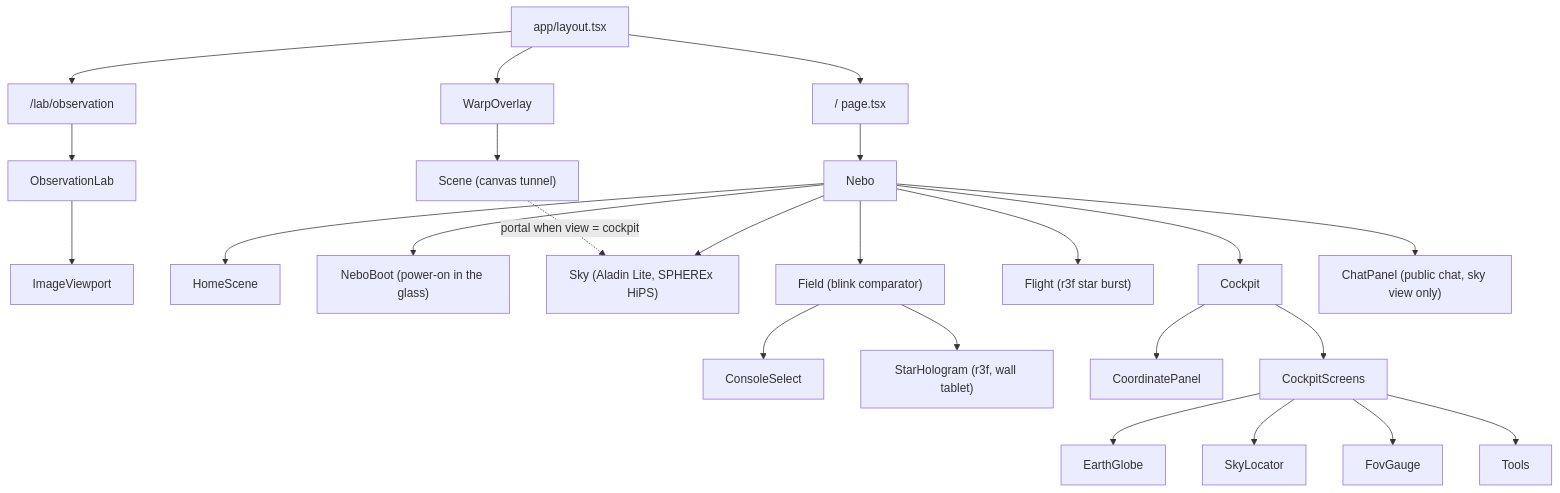
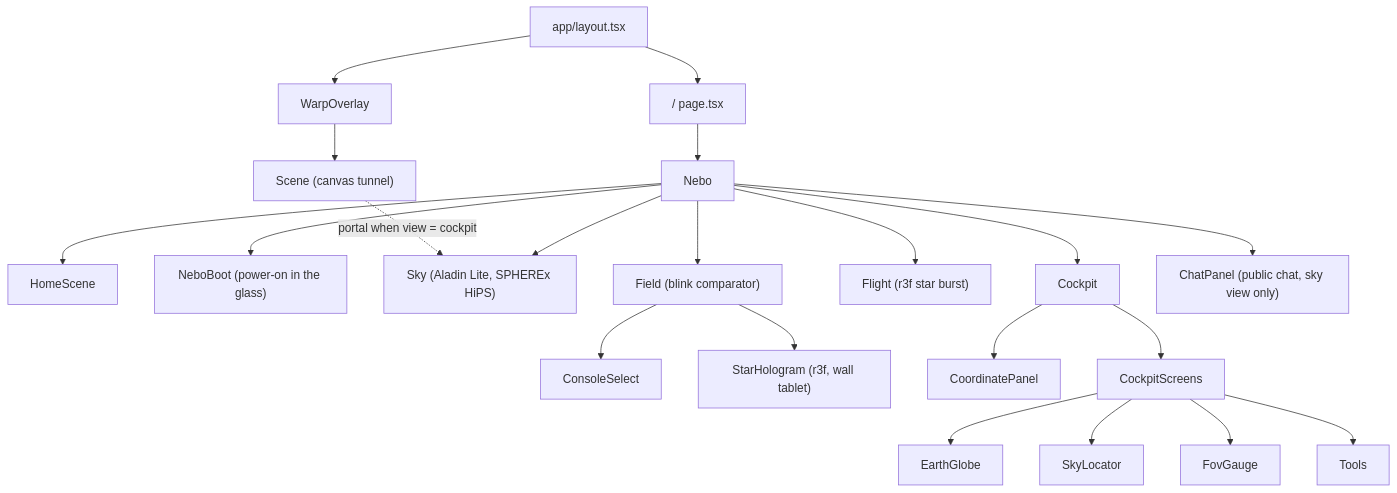
One commit to toroc07/nebo-app changed the eighth of 10 diagrams in docs/architecture.md. Above: the diagram before and after it, drawn with Mermaid. The commit also changed other lines of this file and 30 other files, not shown here.

````diff
--- a/docs/architecture.md
+++ b/docs/architecture.md
@@ -429,19 +431,18 @@
 ```mermaid
 graph TD
   Layout["app/layout.tsx"] --> Page["/ page.tsx"] --> Nebo
   Layout --> WarpOverlay --> Scene["Scene (canvas tunnel)"]
-  Layout --> LabPage["/lab/observation"] --> ObservationLab --> ImageViewport
   Nebo --> HomeScene
   Nebo --> NeboBoot["NeboBoot (power-on in the glass)"]
   Nebo --> Sky["Sky (Aladin Lite, SPHEREx HiPS)"]
   Nebo --> Cockpit
   Nebo --> Flight["Flight (r3f star burst)"]
   Nebo --> Field["Field (blink comparator)"]
   Nebo --> ChatPanel["ChatPanel (public chat, sky view only)"]
   Field --> ConsoleSelect
   Field --> StarHologram["StarHologram (r3f, wall tablet)"]
   Cockpit --> CoordinatePanel
   Cockpit --> CockpitScreens
   CockpitScreens --> EarthGlobe & SkyLocator & FovGauge & Tools
   Scene -. "portal when view = cockpit" .-> Sky
 ```
````
